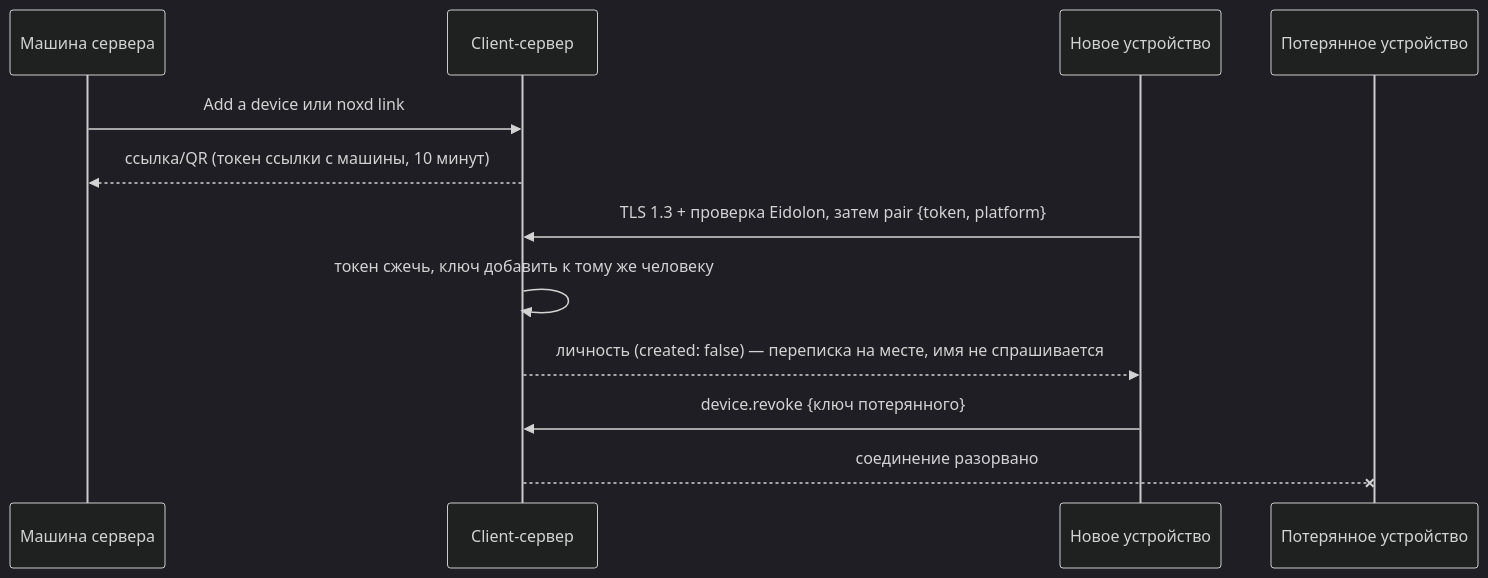
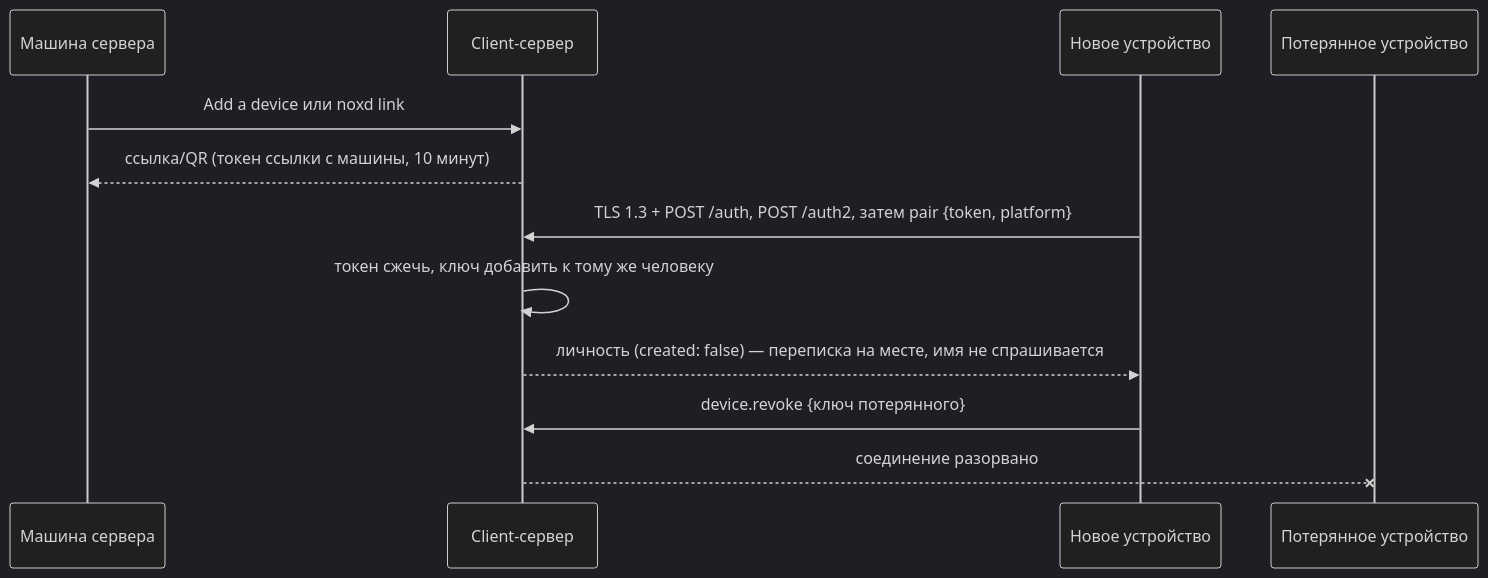
One commit to cyphernet-labs/nox-app changed the third of 5 diagrams in docs/client-backend/architecture/authentication.md. Above: the diagram before and after it, drawn with Mermaid (dark theme). The commit also changed other lines of this file and 21 other files, not shown here.

First line of the commit message:
docs(050): the channel check is POST /auth and POST /auth2 with RustSecureBox

````diff
--- a/docs/client-backend/architecture/authentication.md
+++ b/docs/client-backend/architecture/authentication.md
@@ -131,14 +131,14 @@
 ```mermaid
 sequenceDiagram
   participant M as Машина сервера
   participant CB as Client-сервер
   participant N as Новое устройство
   participant L as Потерянное устройство
   M->>CB: Add a device или noxd link
   CB-->>M: ссылка/QR (токен ссылки с машины, 10 минут)
-  N->>CB: TLS 1.3 + проверка Eidolon, затем pair {token, platform}
+  N->>CB: TLS 1.3 + POST /auth, POST /auth2, затем pair {token, platform}
   CB->>CB: токен сжечь, ключ добавить к тому же человеку
   CB-->>N: личность (created: false) — переписка на месте, имя не спрашивается
   N->>CB: device.revoke {ключ потерянного}
   CB--xL: соединение разорвано
 ```
````
